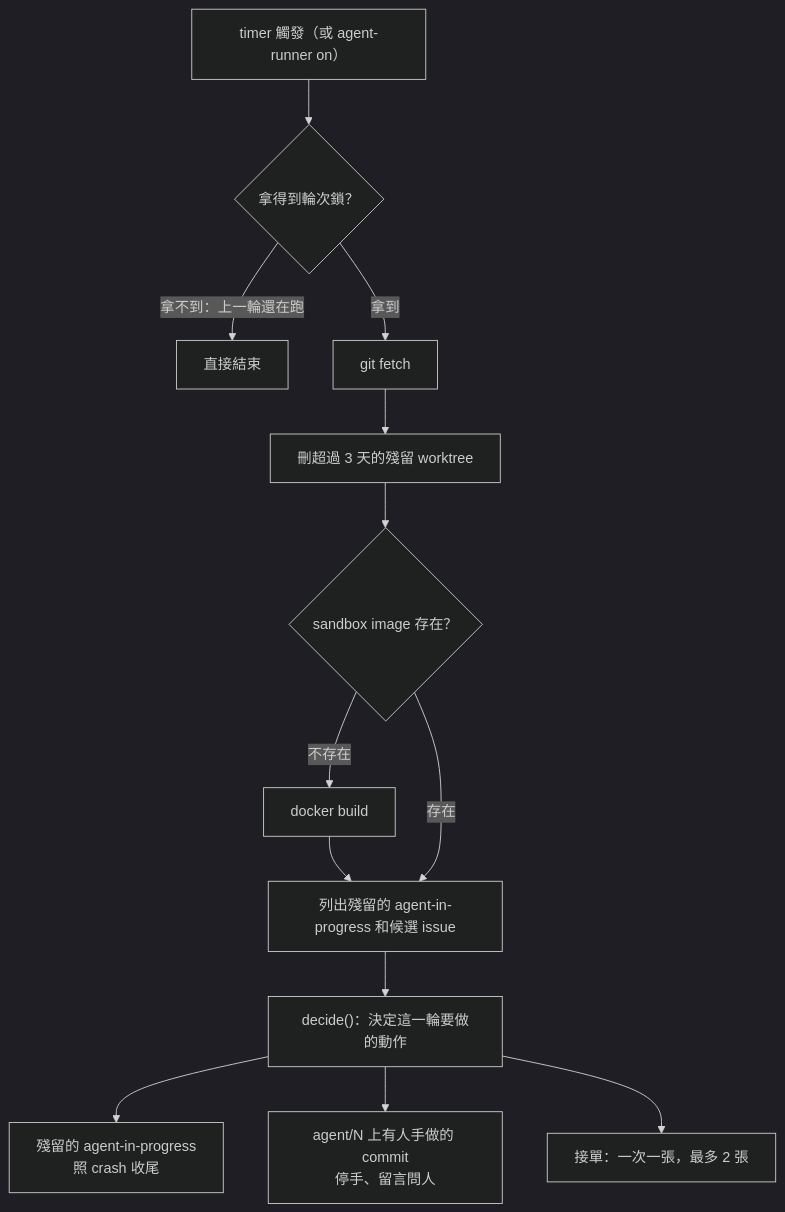
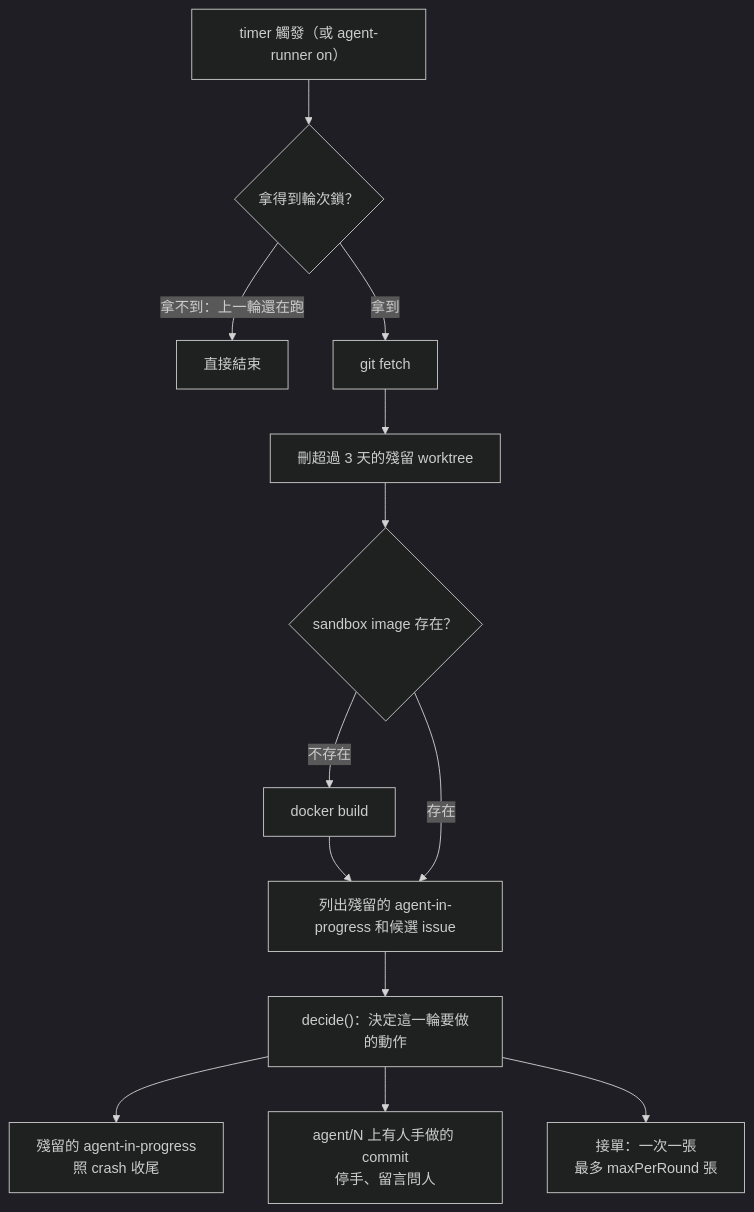
One commit to henry5720/agent-runner changed the second of 7 diagrams in README.md. Above: the diagram before and after it, drawn with Mermaid (dark theme). The commit also changed other lines of this file, not shown here.

````diff
--- a/README.md
+++ b/README.md
@@ -31,14 +32,14 @@
 ```mermaid
 flowchart TD
   T["timer 觸發（或 agent-runner on）"] --> L{"拿得到輪次鎖？"}
   L -- "拿不到：上一輪還在跑" --> X["直接結束"]
   L -- "拿到" --> F["git fetch"]
   F --> W["刪超過 3 天的殘留 worktree"]
   W --> I{"sandbox image 存在？"}
   I -- "不存在" --> IB["docker build"] --> S
   I -- "存在" --> S["列出殘留的 agent-in-progress 和候選 issue"]
   S --> D["decide()：決定這一輪要做的動作"]
   D --> A1["殘留的 agent-in-progress<br/>照 crash 收尾"]
   D --> A2["agent/N 上有人手做的 commit<br/>停手、留言問人"]
-  D --> A3["接單：一次一張，最多 2 張"]
+  D --> A3["接單：一次一張<br/>最多 maxPerRound 張"]
 ```
````
